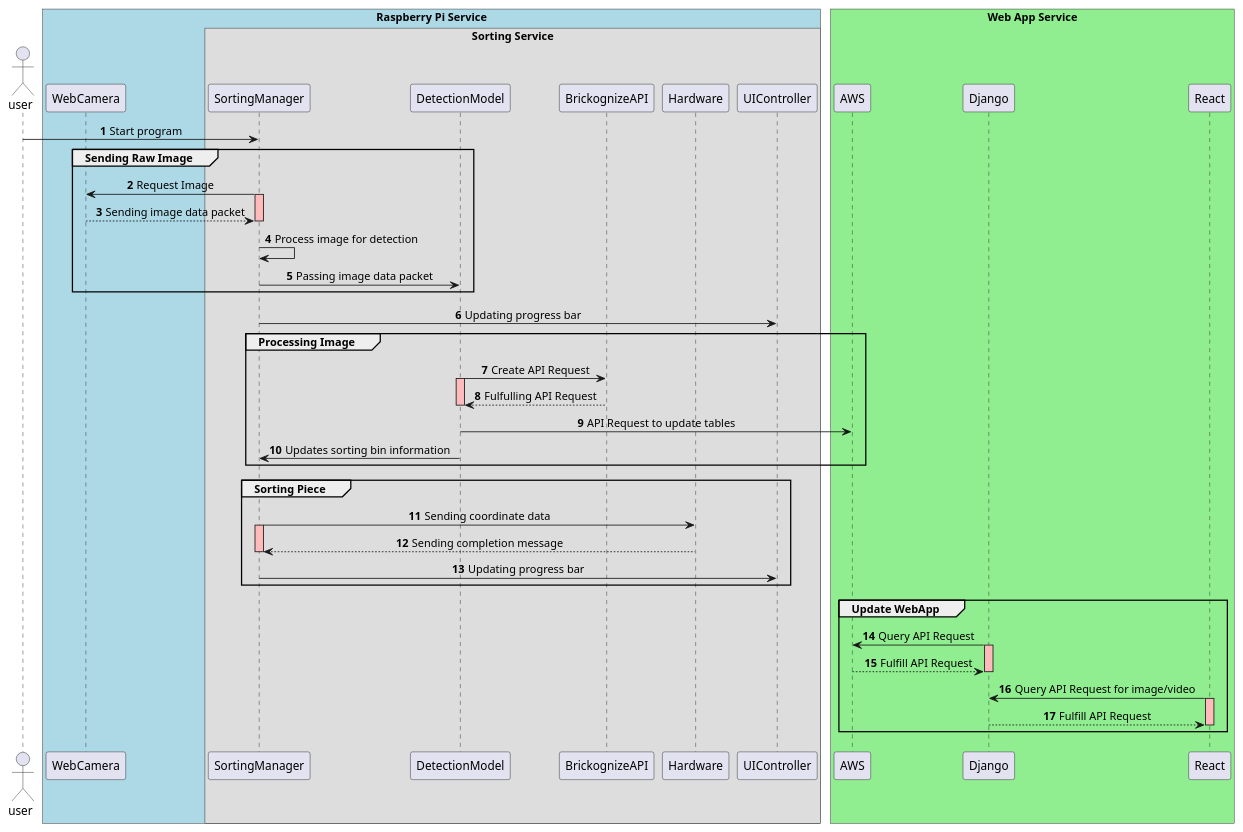
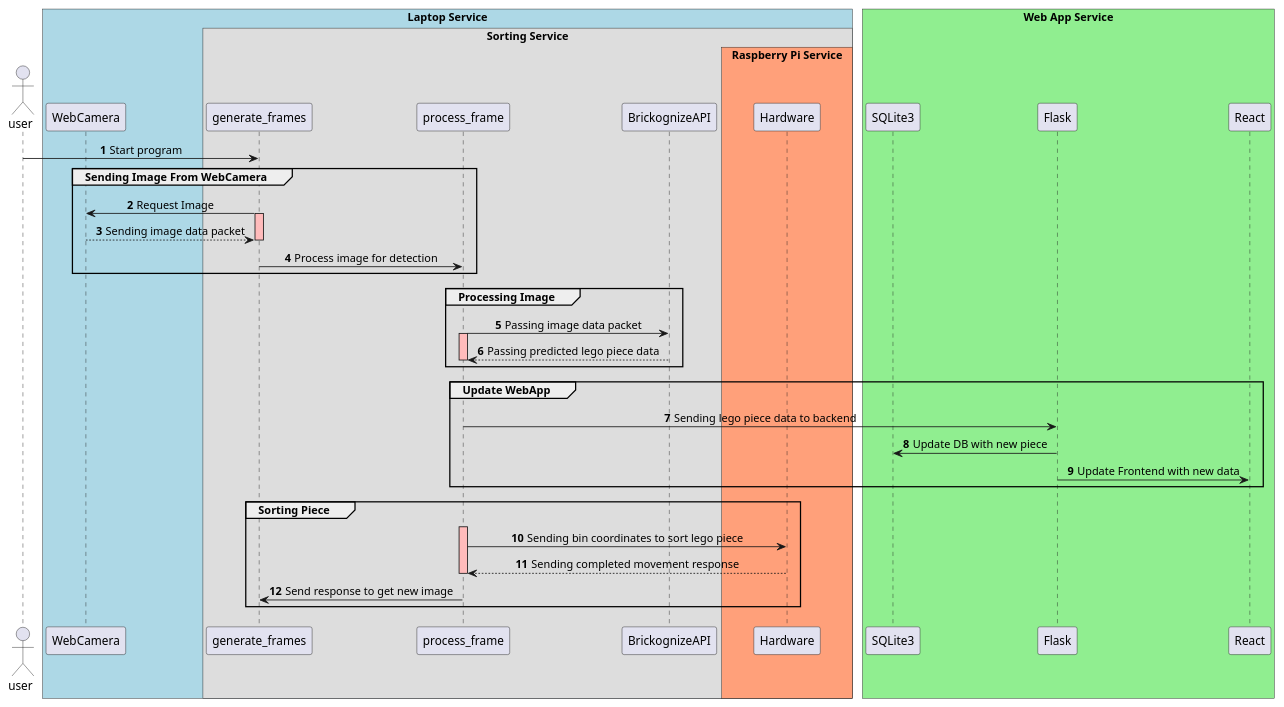
The diagram in SequenceUML.plantuml (bobtrolledu/Brick-by-Brick), drawn with PlantUML before and after one commit.

Commit message:
update uml

```diff
--- a/SequenceUML.plantuml
+++ b/SequenceUML.plantuml
@@ -1,67 +1,59 @@
 @startuml SequenceUML
 
 !pragma teoz true
 
 actor user as user
 
-box "Raspberry Pi Service" #LightBlue
+box "Laptop Service" #LightBlue
     participant WebCamera as WebCamera
         box "Sorting Service"
-        participant SortingManager as SortingManager
-        participant DetectionModel as DetectionModel
+        participant generate_frames as generate_frames
+        participant process_frame as process_frame
         participant BrickognizeAPI as BrickognizeAPI
-        participant Hardware as Hardware
-        participant UIController as UIController
+        box "Raspberry Pi Service" #LightSalmon
+            participant Hardware as Hardware 
+            end box
         end box
 end box
 
 box "Web App Service" #LightGreen
-    participant AWS as AWS
-    participant Django as Django
+    participant SQLite3 as SQLite3
+    participant Flask as Flask
     participant React as React
 end box
 
 skinparam sequenceMessageAlign center
 autonumber
 
-user -> SortingManager: Start program
+user -> generate_frames: Start program
 
-group Sending Raw Image
-    SortingManager -> WebCamera: Request Image
-    activate SortingManager #FFBBBB
-    WebCamera --> SortingManager: Sending image data packet
-    deactivate SortingManager
-    SortingManager -> SortingManager: Process image for detection
-    SortingManager -> DetectionModel: Passing image data packet
+group Sending Image From WebCamera
+    generate_frames -> WebCamera: Request Image
+    activate generate_frames #FFBBBB
+    WebCamera --> generate_frames: Sending image data packet
+    deactivate generate_frames 
+    generate_frames -> process_frame: Process image for detection
 end
 
-SortingManager -> UIController: Updating progress bar
+group Processing Image
+    process_frame -> BrickognizeAPI: Passing image data packet
+    activate process_frame #FFBBBB
+    BrickognizeAPI --> process_frame: Passing predicted lego piece data
+    deactivate process_frame
+end
 
-group Processing Image
-    DetectionModel -> BrickognizeAPI: Create API Request
-    activate DetectionModel #FFBBBB
-    BrickognizeAPI --> DetectionModel: Fulfulling API Request
-    deactivate DetectionModel
-    DetectionModel -> AWS: API Request to update tables
-    DetectionModel -> SortingManager: Updates sorting bin information
+group Update WebApp
+    process_frame -> Flask: Sending lego piece data to backend
+    Flask -> SQLite3: Update DB with new piece
+    Flask -> React: Update Frontend with new data
 end
 
 group Sorting Piece
-    SortingManager -> Hardware: Sending coordinate data
-    activate SortingManager #FFBBBB
-    Hardware --> SortingManager: Sending completion message
-    deactivate SortingManager #FFBBBB
-    SortingManager -> UIController: Updating progress bar
+    activate process_frame #FFBBBB
+    process_frame -> Hardware: Sending bin coordinates to sort lego piece
+    Hardware --> process_frame: Sending completed movement response
+    deactivate process_frame
+    process_frame -> generate_frames: Send response to get new image
 end 
 
-group Update WebApp
-    Django -> AWS: Query API Request
-    activate Django #FFBBBB
-    AWS --> Django: Fulfill API Request
-    deactivate Django #FFBBBB
-    React -> Django: Query API Request for image/video
-    activate React #FFBBBB
-    Django --> React: Fulfill API Request
-    deactivate React #FFBBBB
-end
 @enduml
```
